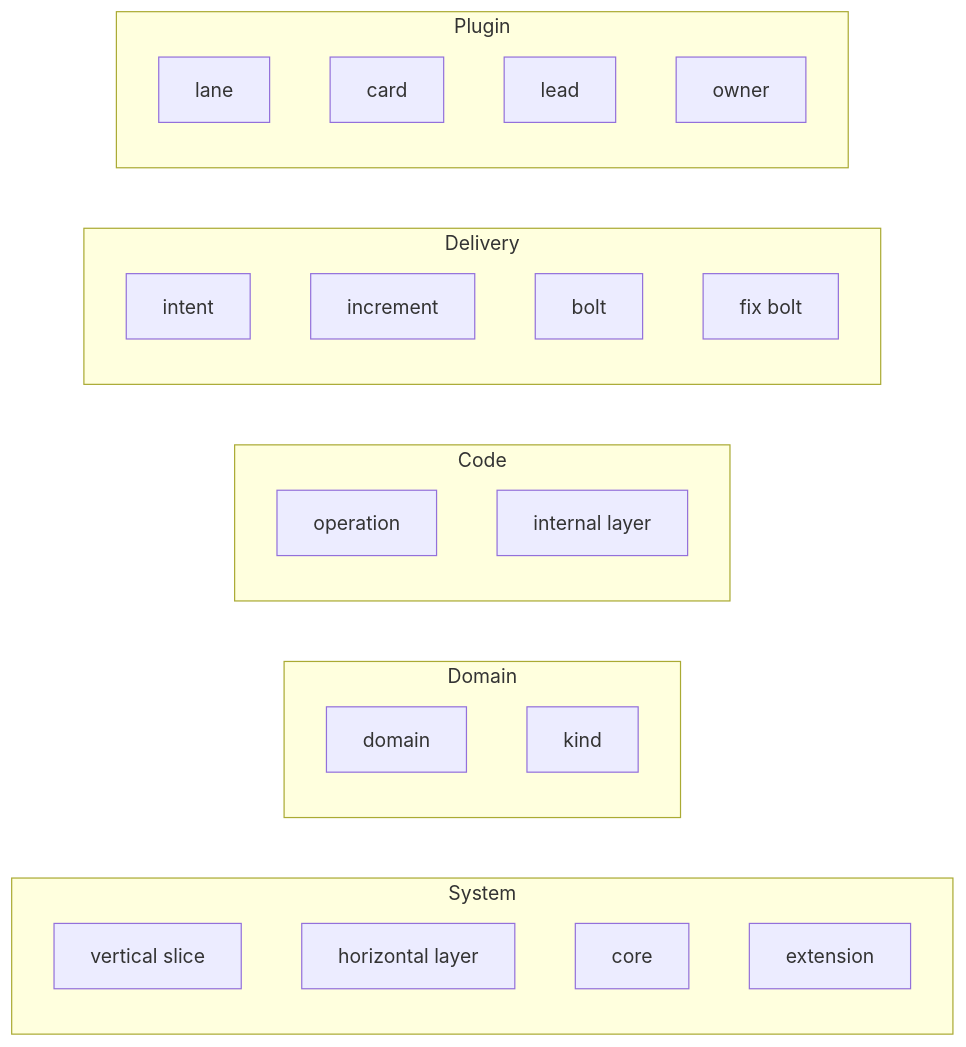
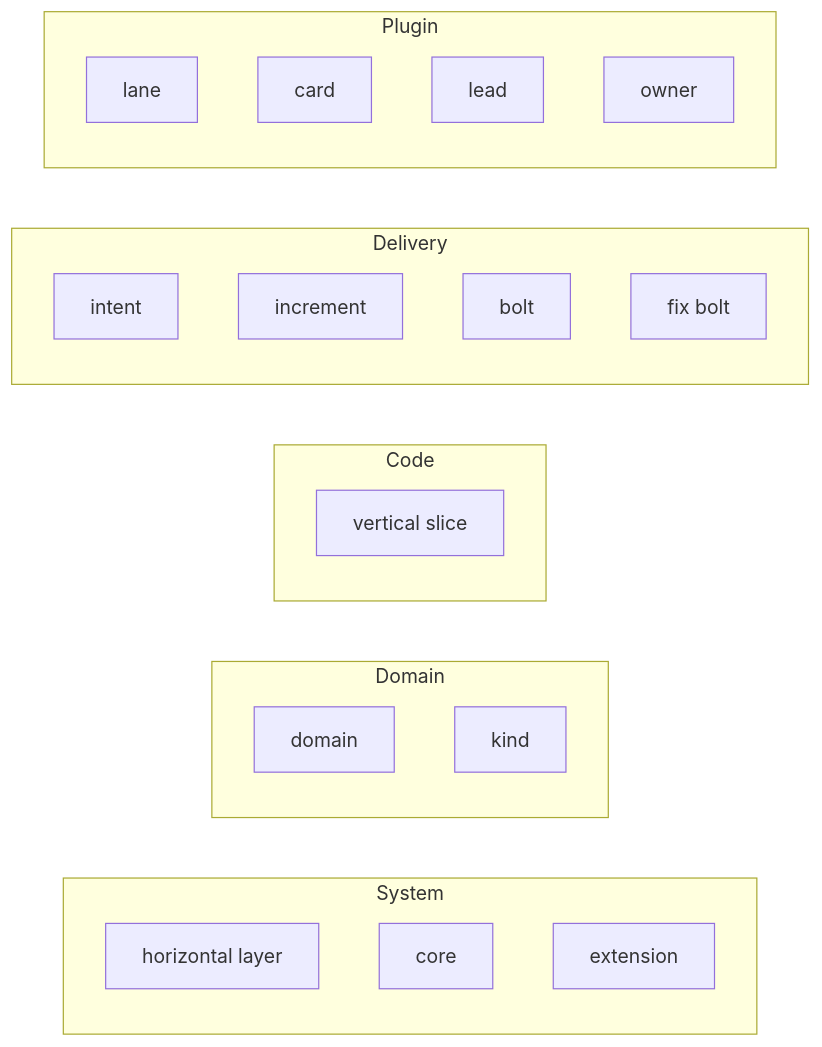
One commit to Scrollout/aidlc-team-plugin changed the diagram in docs/design/diagrams/canonical-model.md. Above: the diagram before and after it, drawn with Mermaid. The commit also changed 52 other files, not shown here.

````diff
--- a/docs/design/diagrams/canonical-model.md
+++ b/docs/design/diagrams/canonical-model.md
@@ -9,29 +9,27 @@
 ```mermaid
 flowchart LR
   subgraph System["System"]
-    System_vertical_slice["vertical slice"]
     System_horizontal_layer["horizontal layer"]
     System_core["core"]
     System_extension["extension"]
   end
   subgraph Domain["Domain"]
     Domain_domain["domain"]
     Domain_kind["kind"]
   end
   subgraph Code["Code"]
-    Code_operation["operation"]
-    Code_internal_layer["internal layer"]
+    Code_vertical_slice["vertical slice"]
   end
   subgraph Delivery["Delivery"]
     Delivery_intent["intent"]
     Delivery_increment["increment"]
     Delivery_bolt["bolt"]
     Delivery_fix_bolt["fix bolt"]
   end
   subgraph Plugin["Plugin"]
     Plugin_lane["lane"]
     Plugin_card["card"]
     Plugin_lead["lead"]
     Plugin_owner["owner"]
   end
 ```
````
